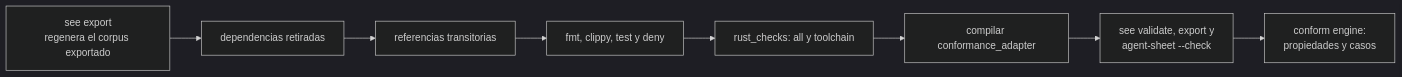
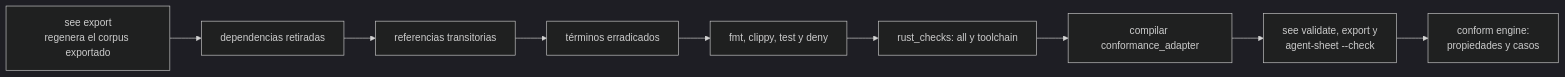
One commit to cgutieco/pseudolearn changed the second of 2 diagrams in packages/pseudolearn_spec/xtask/README.md. Above: the diagram before and after it, drawn with Mermaid (dark theme). The commit also changed other lines of this file and 5 other files, not shown here.

````diff
--- a/packages/pseudolearn_spec/xtask/README.md
+++ b/packages/pseudolearn_spec/xtask/README.md
@@ -27,10 +27,11 @@
 ```mermaid
 flowchart LR
     export["see export<br/>regenera el corpus exportado"] --> retired["dependencias retiradas"]
     retired --> docs["referencias transitorias"]
-    docs --> rust["fmt, clippy, test y deny"]
+    docs --> erased["términos erradicados"]
+    erased --> rust["fmt, clippy, test y deny"]
     rust --> checks["rust_checks: all y toolchain"]
     checks --> build["compilar conformance_adapter"]
     build --> see["see validate, export y<br/>agent-sheet --check"]
     see --> conform["conform engine:<br/>propiedades y casos"]
 ```
````
